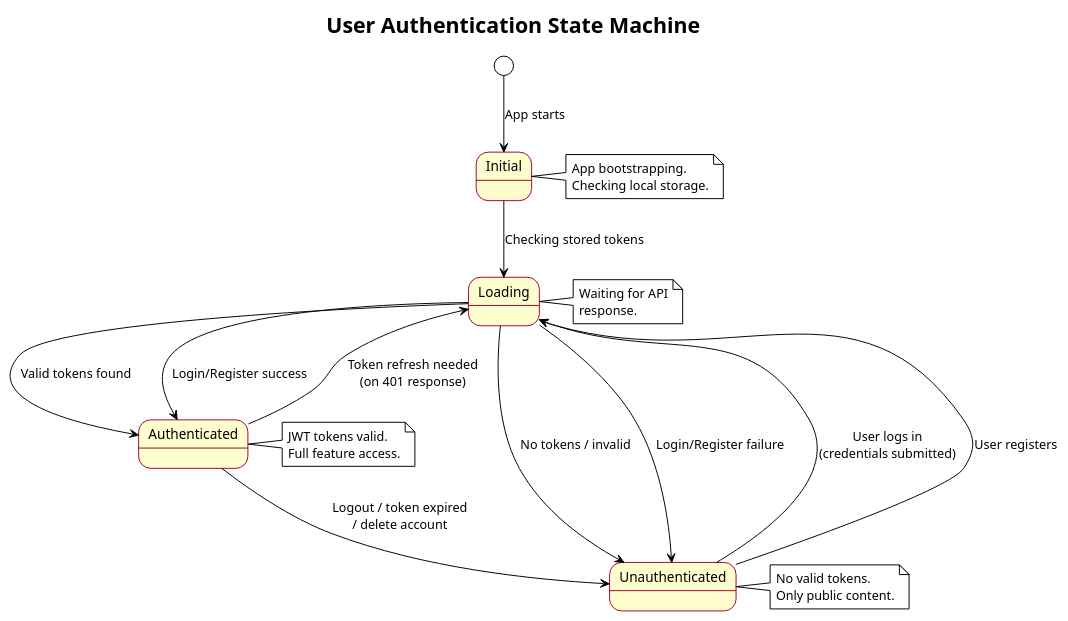
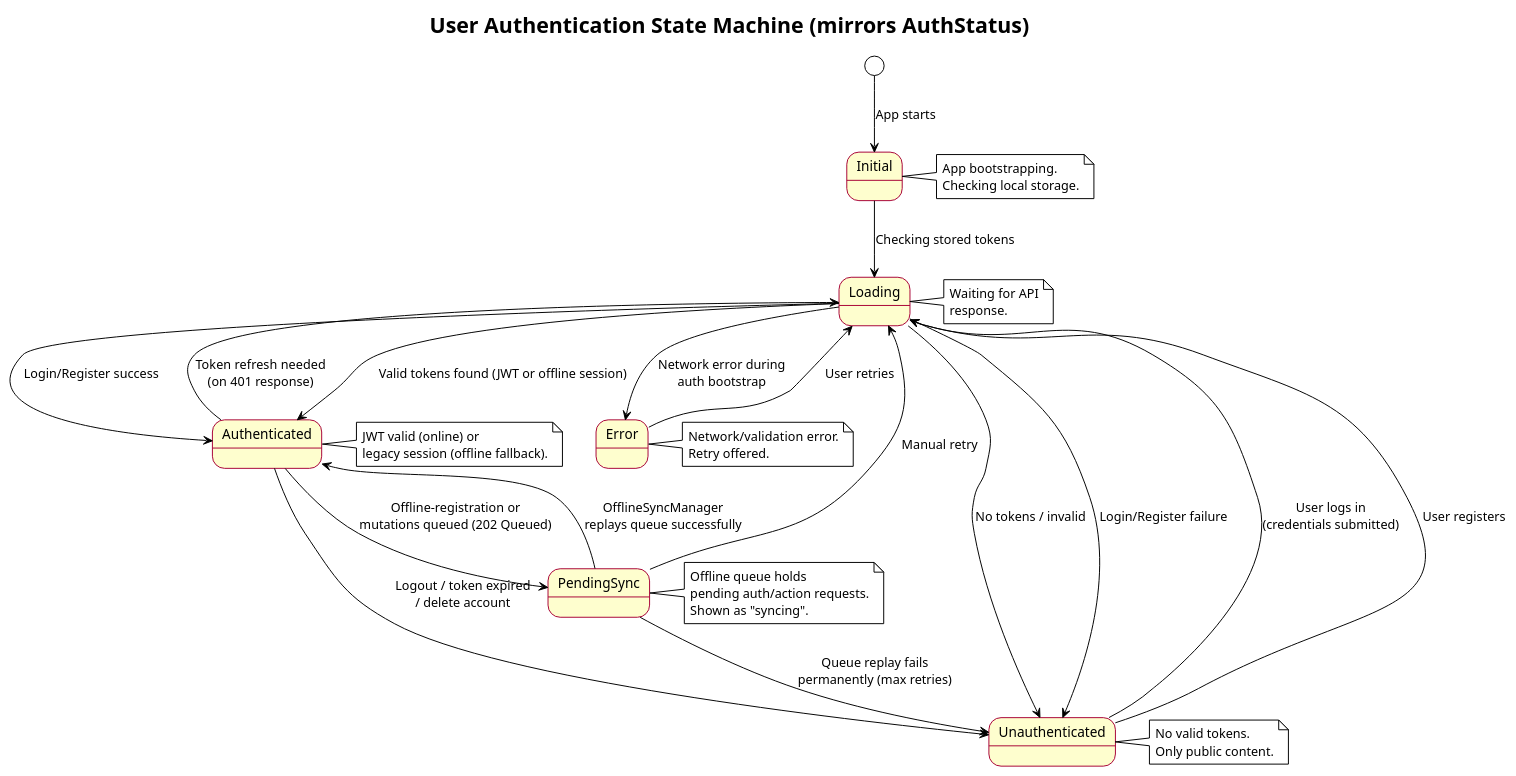
One commit to fabiljayson/Griot-2.0 changed the sixth of 7 diagrams in docs/diagrams/plantuml/06-state-diagram.puml. Above: the diagram before and after it, drawn with PlantUML. The commit also changed other lines of this file and 87 other files, not shown here.

```diff
--- a/docs/diagrams/plantuml/06-state-diagram.puml
+++ b/docs/diagrams/plantuml/06-state-diagram.puml
@@ -155,31 +161,38 @@
 @startuml User Authentication State Machine
 !theme plain
 skinparam state {
   BackgroundColor #FEFECE
   BorderColor #A80036
 }
 
-title User Authentication State Machine
+title User Authentication State Machine (mirrors AuthStatus)
 
 [*] --> Initial : App starts
 
 Initial --> Loading : Checking stored tokens
-Loading --> Authenticated : Valid tokens found
+Loading --> Authenticated : Valid tokens found (JWT or offline session)
 Loading --> Unauthenticated : No tokens / invalid
+Loading --> Error : Network error during\nauth bootstrap
+Error --> Loading : User retries
 
 Unauthenticated --> Loading : User logs in\n(credentials submitted)
 Unauthenticated --> Loading : User registers
 
 Loading --> Authenticated : Login/Register success
 Loading --> Unauthenticated : Login/Register failure
 
 Authenticated --> Unauthenticated : Logout / token expired\n/ delete account
-
 Authenticated --> Loading : Token refresh needed\n(on 401 response)
+Authenticated --> PendingSync : Offline-registration or\nmutations queued (202 Queued)
+PendingSync --> Authenticated : OfflineSyncManager\nreplays queue successfully
+PendingSync --> Unauthenticated : Queue replay fails\npermanently (max retries)
+PendingSync --> Loading : Manual retry
 
 note right of Initial : App bootstrapping.\nChecking local storage.
 note right of Loading : Waiting for API\nresponse.
-note right of Authenticated : JWT tokens valid.\nFull feature access.
+note right of Authenticated : JWT valid (online) or\nlegacy session (offline fallback).
+note right of PendingSync : Offline queue holds\npending auth/action requests.\nShown as "syncing".
+note right of Error : Network/validation error.\nRetry offered.
 note right of Unauthenticated : No valid tokens.\nOnly public content.
 
 @enduml
```
